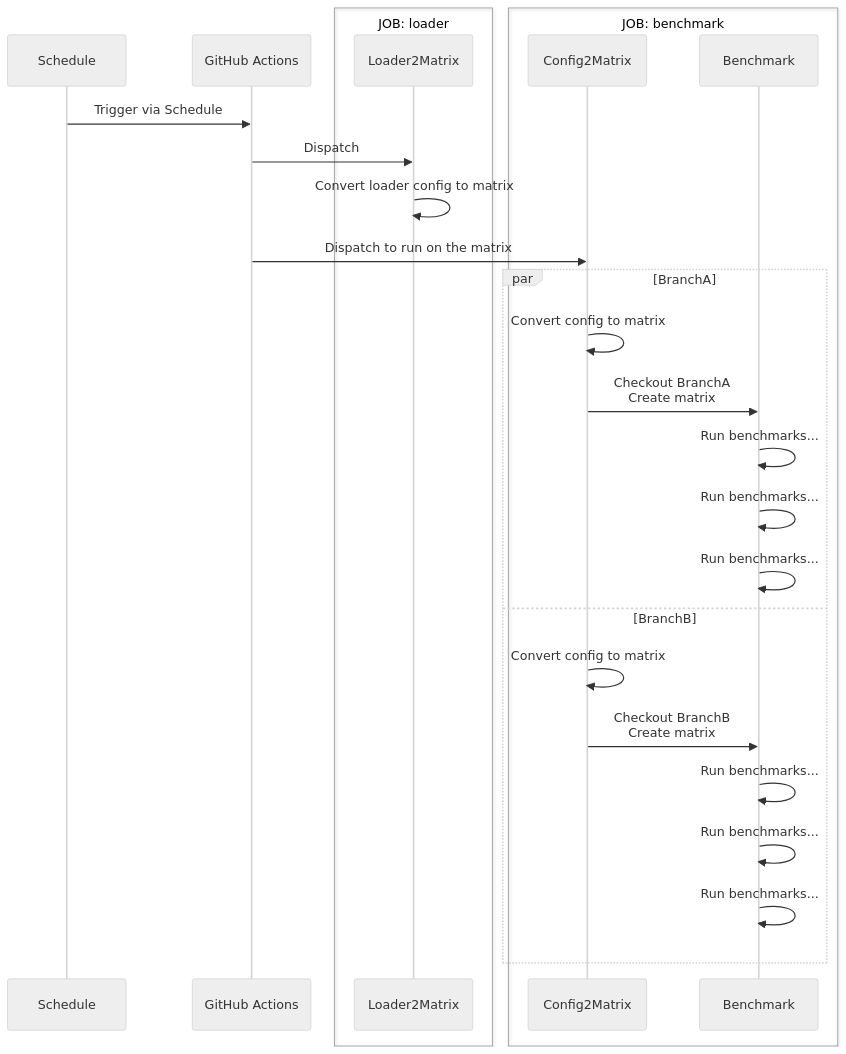
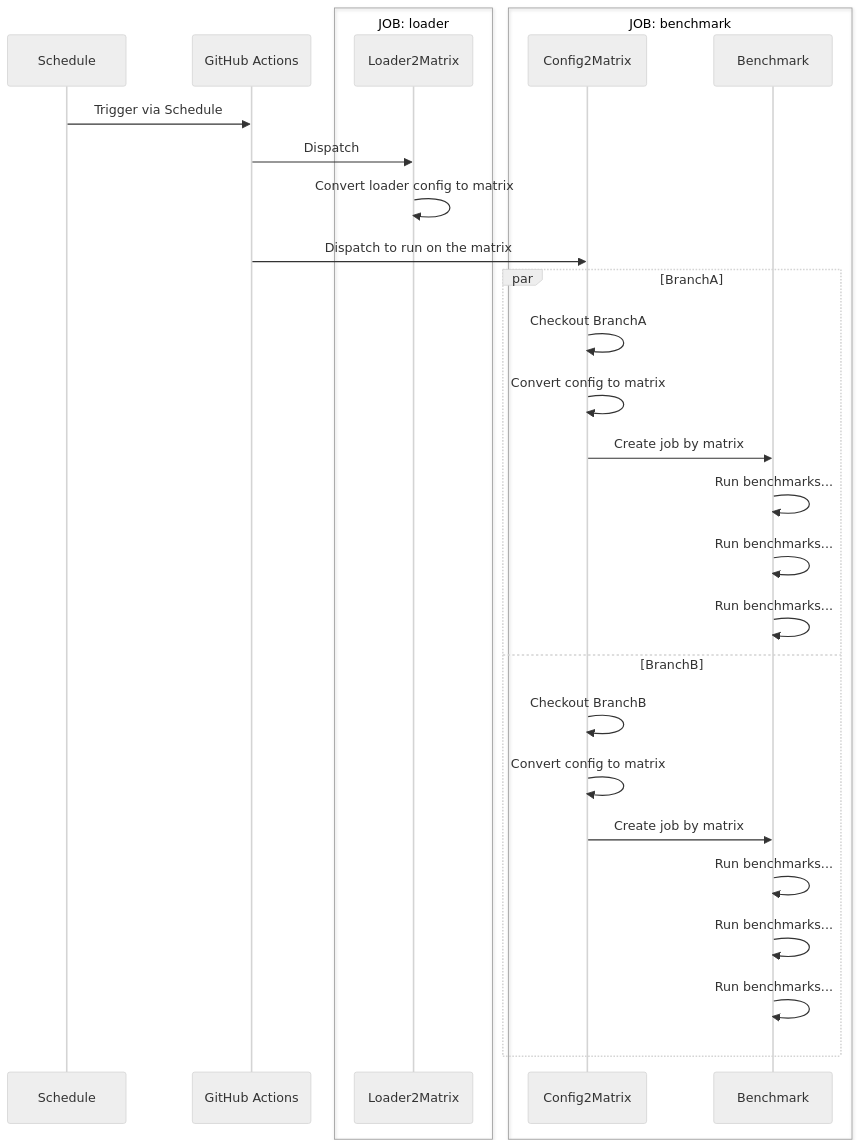
One commit to Cysharp/Actions changed the second of 2 diagrams in .github/scripts/tests/README.md. Above: the diagram before and after it, drawn with Mermaid (neutral theme). The commit also changed other lines of this file, not shown here.

Commit message:
doc: update checkout [skip ci]

````diff
--- a/.github/scripts/tests/README.md
+++ b/.github/scripts/tests/README.md
@@ -34,30 +35,32 @@
 ```mermaid
 sequenceDiagram
     participant trigger as Schedule
     participant gha as GitHub Actions
     box JOB: loader
       participant loader2matrix as Loader2Matrix
     end
     box JOB: benchmark
       participant config2matrix as Config2Matrix
       participant benchmark as Benchmark
     end
 
     trigger->>gha: Trigger via Schedule
     gha->>loader2matrix: Dispatch
     loader2matrix->>loader2matrix: Convert loader config to matrix
     gha->>config2matrix: Dispatch to run on the matrix
     par BranchA
+      config2matrix->>config2matrix: Checkout BranchA
       config2matrix->>config2matrix: Convert config to matrix
-      config2matrix->>benchmark: Checkout BranchA <br/> Create matrix
+      config2matrix->>benchmark: Create job by matrix
       benchmark->>benchmark: Run benchmarks...
       benchmark->>benchmark: Run benchmarks...
       benchmark->>benchmark: Run benchmarks...
     and BranchB
+      config2matrix->>config2matrix: Checkout BranchB
       config2matrix->>config2matrix: Convert config to matrix
-      config2matrix->>benchmark: Checkout BranchB <br/> Create matrix
+      config2matrix->>benchmark: Create job by matrix
       benchmark->>benchmark: Run benchmarks...
       benchmark->>benchmark: Run benchmarks...
       benchmark->>benchmark: Run benchmarks...
     end
 ```
````
